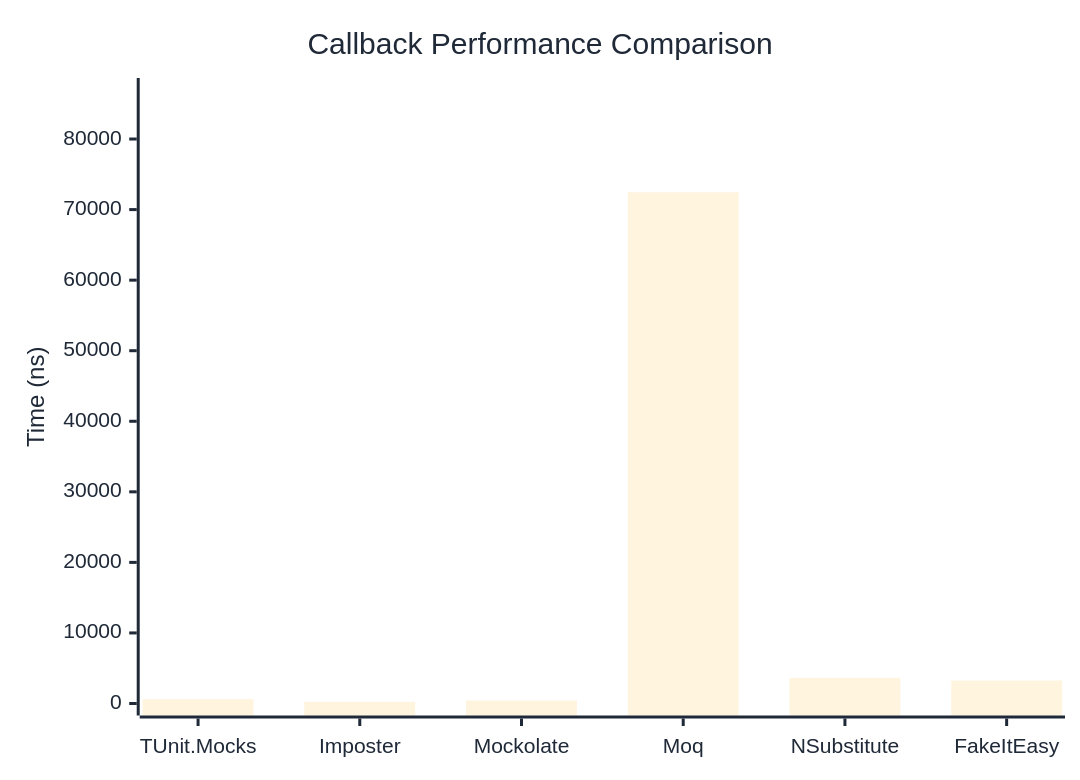
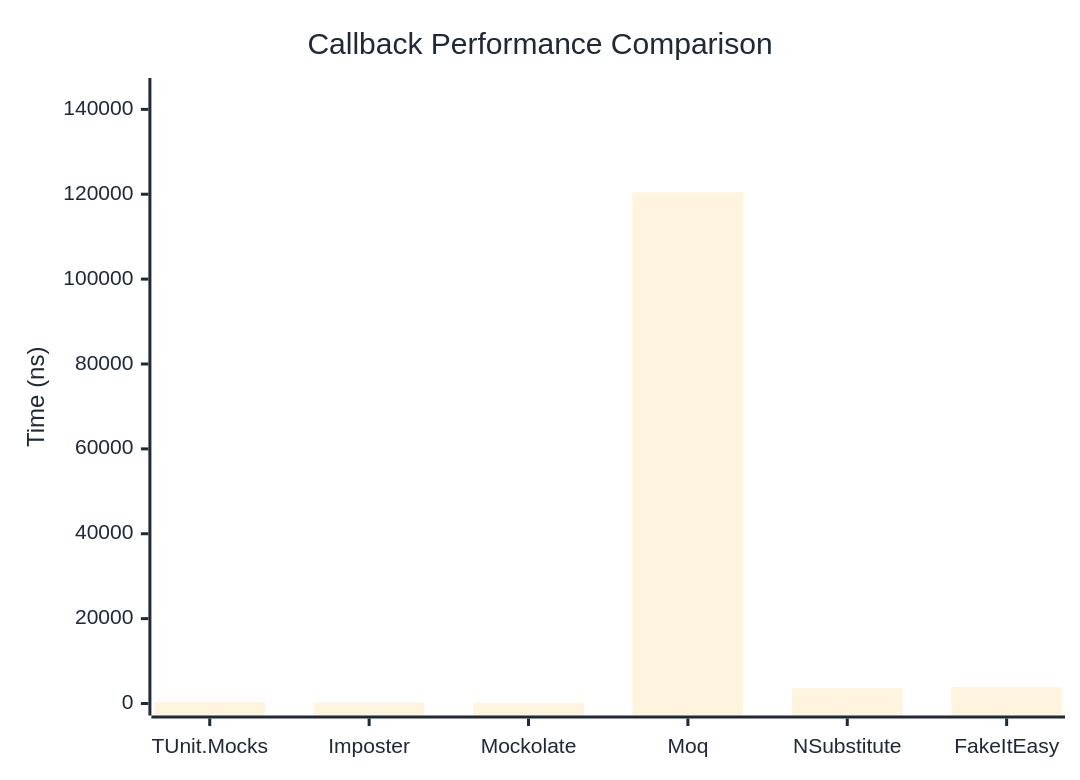
Before and after one commit to thomhurst/TUnit: the first of 2 diagrams in docs/docs/benchmarks/mocks/Callback.md, drawn with Mermaid. The commit also changed other lines of this file and 14 other files, not shown here.

````diff
--- a/docs/docs/benchmarks/mocks/Callback.md
+++ b/docs/docs/benchmarks/mocks/Callback.md
@@ -30,27 +30,27 @@
 ```mermaid
 %%{init: {
   'theme':'base',
   'themeVariables': {
     'primaryColor': '#2563eb',
     'primaryTextColor': '#1f2937',
     'primaryBorderColor': '#1e40af',
     'lineColor': '#6b7280',
     'secondaryColor': '#7c3aed',
     'tertiaryColor': '#dc2626',
     'background': '#ffffff',
     'pie1': '#2563eb',
     'pie2': '#7c3aed',
     'pie3': '#dc2626',
     'pie4': '#f59e0b',
     'pie5': '#10b981',
     'pie6': '#06b6d4',
     'pie7': '#ec4899',
     'pie8': '#6366f1'
   }
 }}%%
 xychart-beta
   title "Callback Performance Comparison"
   x-axis ["TUnit.Mocks", "Imposter", "Mockolate", "Moq", "NSubstitute", "FakeItEasy"]
-  y-axis "Time (ns)" 0 --> 86949
-  bar [615.9, 238.4, 405.2, 72457.3, 3626.6, 3250.4]
+  y-axis "Time (ns)" 0 --> 144559
+  bar [341.3, 195.9, 177, 120465.6, 3657.4, 3853]
 ```
````
